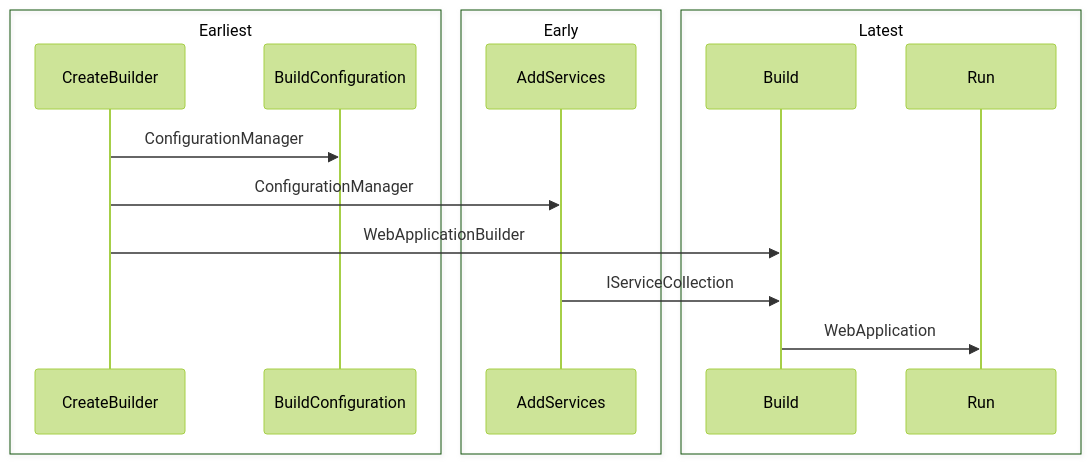
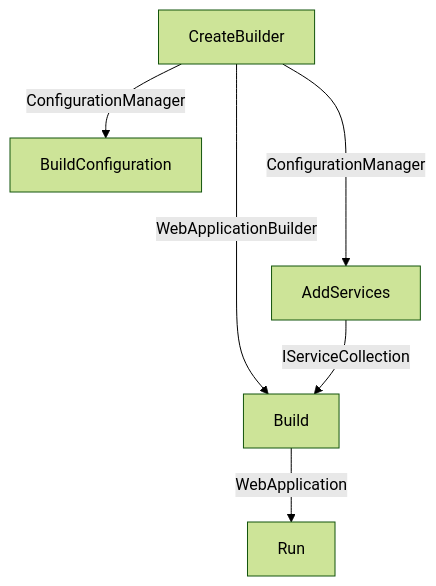
The diagram in docs/blueprints/service.md (mouseless/baked), drawn with Mermaid (forest theme) before and after one commit. The commit also changed other lines of this file, not shown here.

Commit message:
review changes
- change phase execution diagram to flowchart

````diff
--- a/docs/blueprints/service.md
+++ b/docs/blueprints/service.md
@@ -34,19 +34,13 @@
 ```mermaid
-sequenceDiagram
-    box Earliest
-    participant CB as CreateBuilder
-    participant BC as BuildConfiguration
-    end
-    box Early
-    participant AS as AddServices
-    end
-    box Latest
-    participant B as Build
-    participant R as Run
-    end
-    CB->>BC: ConfigurationManager
-    CB->>AS: ConfigurationManager
-    CB->>B: WebApplicationBuilder
-    AS->>B: IServiceCollection
-    B->>R: WebApplication
-```
+flowchart TD
+    AS[AddServices]
+    BC[BuildConfiguration]
+    B[Build]
+    CB[CreateBuilder]
+    R[Run]
+    CB -->|ConfigurationManager| BC
+    CB --->|ConfigurationManager| AS
+    CB -->|WebApplicationBuilder| B
+    AS -->|IServiceCollection| B
+    B -->|WebApplication|R
+```    
````
